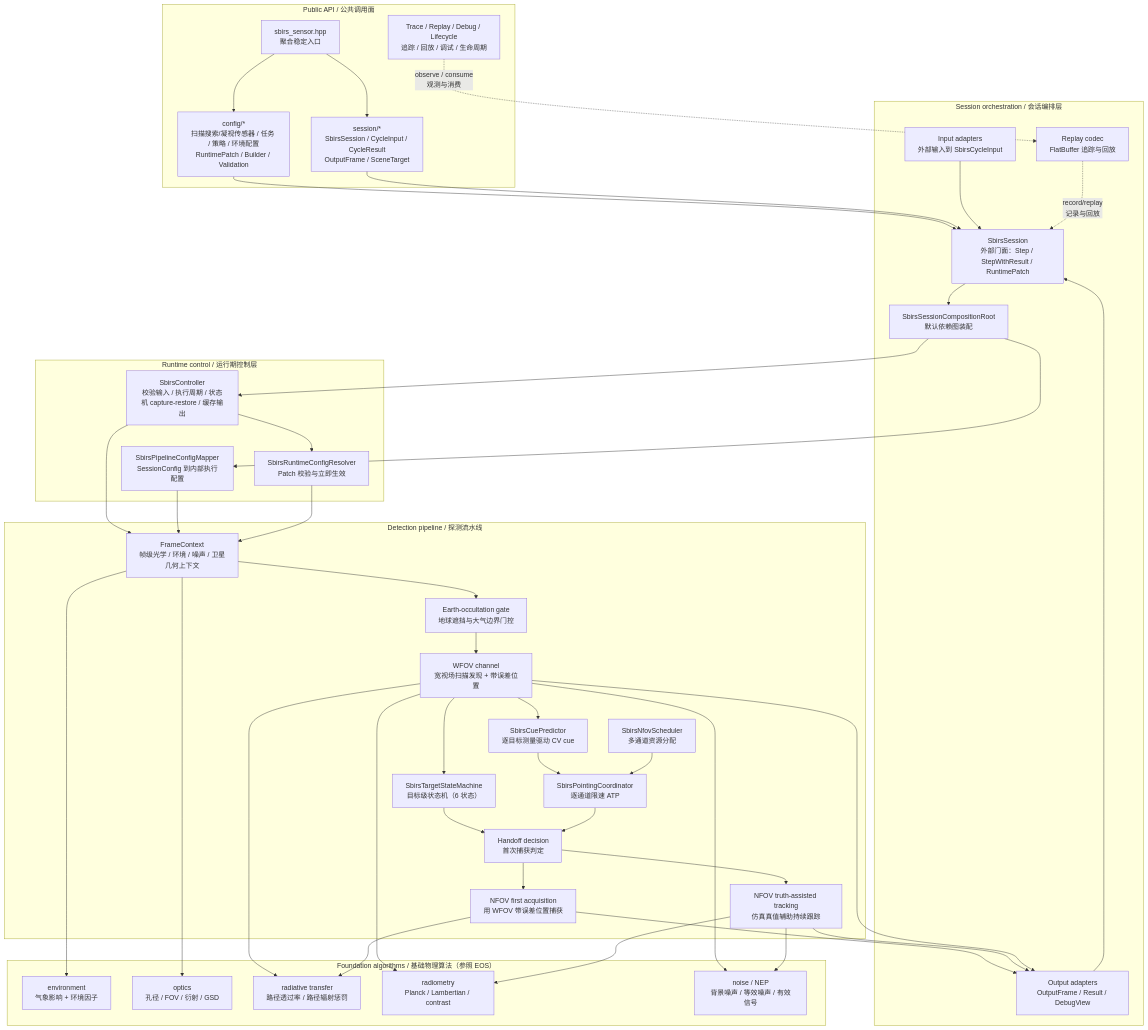
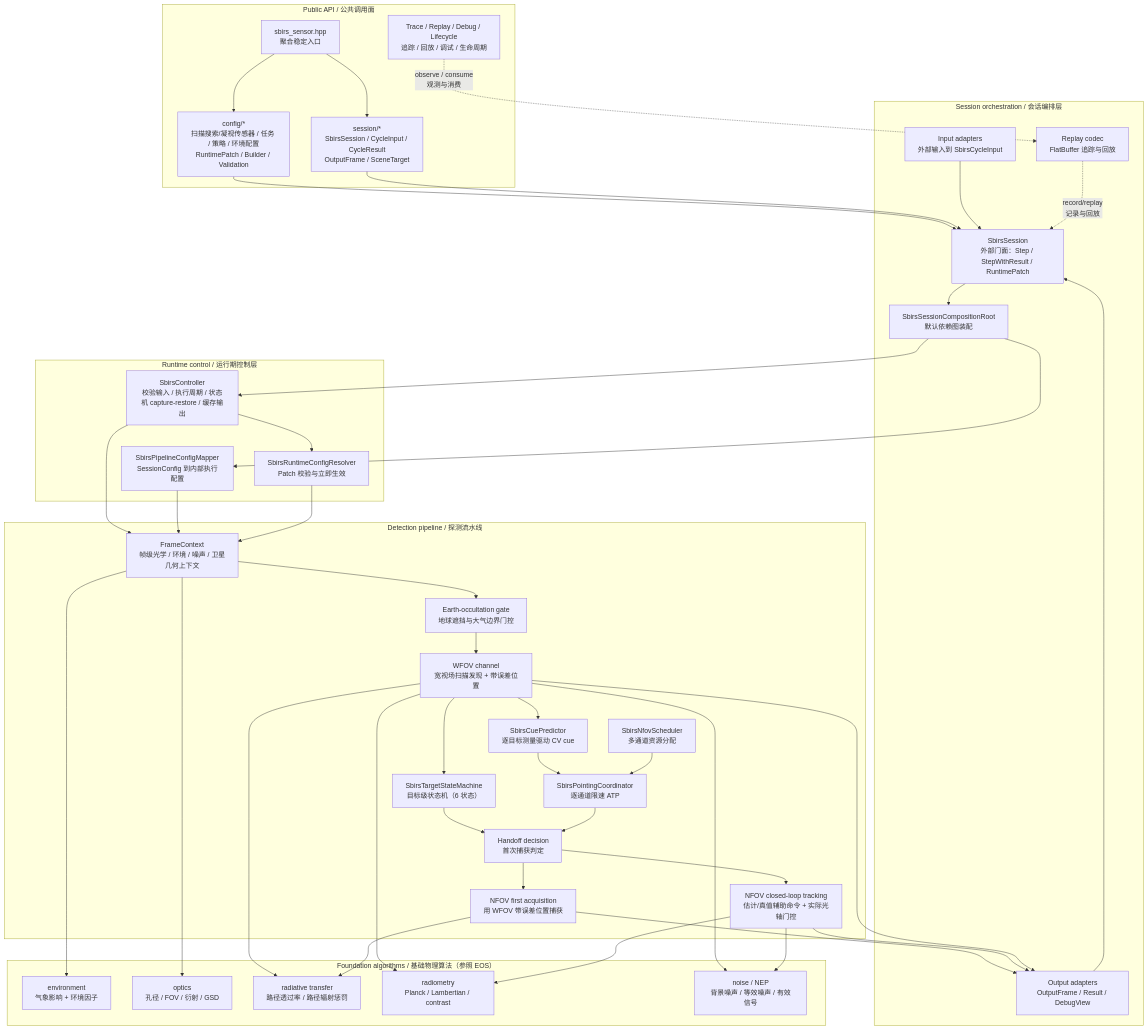
The first of 4 diagrams in docs/space_based_infrared_sensor/design.md (boilwater-3/1q), drawn with Mermaid before and after one commit. The commit also changed other lines of this file and 12 other files, not shown here.

````diff
--- a/docs/space_based_infrared_sensor/design.md
+++ b/docs/space_based_infrared_sensor/design.md
@@ -80,81 +80,81 @@
 ```mermaid
 flowchart TB
   subgraph Public["Public API / 公共调用面"]
     Entry["sbirs_sensor.hpp\n聚合稳定入口"]
     Config["config/*\n扫描搜索/凝视传感器 / 任务 / 策略 / 环境配置\nRuntimePatch / Builder / Validation"]
     SessionApi["session/*\nSbirsSession / CycleInput / CycleResult\nOutputFrame / SceneTarget"]
     Tools["Trace / Replay / Debug / Lifecycle\n追踪 / 回放 / 调试 / 生命周期"]
   end
 
   subgraph Session["Session orchestration / 会话编排层"]
     SbirsSession["SbirsSession\n外部门面：Step / StepWithResult / RuntimePatch"]
     Composition["SbirsSessionCompositionRoot\n默认依赖图装配"]
     InputAdapters["Input adapters\n外部输入到 SbirsCycleInput"]
     OutputAdapters["Output adapters\nOutputFrame / Result / DebugView"]
     ReplayCodec["Replay codec\nFlatBuffer 追踪与回放"]
   end
 
   subgraph Runtime["Runtime control / 运行期控制层"]
     Controller["SbirsController\n校验输入 / 执行周期 / 状态机 capture-restore / 缓存输出"]
     Mapper["SbirsPipelineConfigMapper\nSessionConfig 到内部执行配置"]
     Resolver["SbirsRuntimeConfigResolver\nPatch 校验与立即生效"]
   end
 
   subgraph Pipeline["Detection pipeline / 探测流水线"]
     FrameCtx["FrameContext\n帧级光学 / 环境 / 噪声 / 卫星几何上下文"]
     Occult["Earth-occultation gate\n地球遮挡与大气边界门控"]
     Wfov["WFOV channel\n宽视场扫描发现 + 带误差位置"]
     StateMachine["SbirsTargetStateMachine\n目标级状态机（6 状态）"]
     Cue["SbirsCuePredictor\n逐目标测量驱动 CV cue"]
     Handoff["Handoff decision\n首次捕获判定"]
     Pointing["SbirsPointingCoordinator\n逐通道限速 ATP"]
     NfovFirst["NFOV first acquisition\n用 WFOV 带误差位置捕获"]
-    NfovTrack["NFOV truth-assisted tracking\n仿真真值辅助持续跟踪"]
+    NfovTrack["NFOV closed-loop tracking\n估计/真值辅助命令 + 实际光轴门控"]
     Scheduler["SbirsNfovScheduler\n多通道资源分配"]
   end
 
   subgraph Foundation["Foundation algorithms / 基础物理算法（参照 EOS）"]
     Env["environment\n气象影响 + 环境因子"]
     Optics["optics\n孔径 / FOV / 衍射 / GSD"]
     Transfer["radiative transfer\n路径透过率 / 路径辐射惩罚"]
     Radiometry["radiometry\nPlanck / Lambertian / contrast"]
     Noise["noise / NEP\n背景噪声 / 等效噪声 / 有效信号"]
   end
 
   Entry --> Config
   Entry --> SessionApi
   Config --> SbirsSession
   SessionApi --> SbirsSession
   Tools -. "observe / consume\n观测与消费" .-> ReplayCodec
   SbirsSession --> Composition
   Composition --> Controller
   Composition --> Mapper
   Controller --> Resolver
   Controller --> FrameCtx
   Mapper --> FrameCtx
   Resolver --> FrameCtx
   InputAdapters --> SbirsSession
   FrameCtx --> Occult
   Occult --> Wfov
   Wfov --> Cue
   Wfov --> StateMachine
   StateMachine --> Handoff
   Cue --> Pointing
   Scheduler --> Pointing
   Pointing --> Handoff
   Handoff --> NfovFirst
   Handoff --> NfovTrack
   NfovFirst --> OutputAdapters
   NfovTrack --> OutputAdapters
   Wfov --> OutputAdapters
   OutputAdapters --> SbirsSession
   ReplayCodec -. "record/replay\n记录与回放" .-> SbirsSession
   FrameCtx --> Env
   FrameCtx --> Optics
   Wfov --> Transfer
   Wfov --> Radiometry
   Wfov --> Noise
   NfovFirst --> Transfer
   NfovTrack --> Radiometry
   NfovTrack --> Noise
 ```
````
